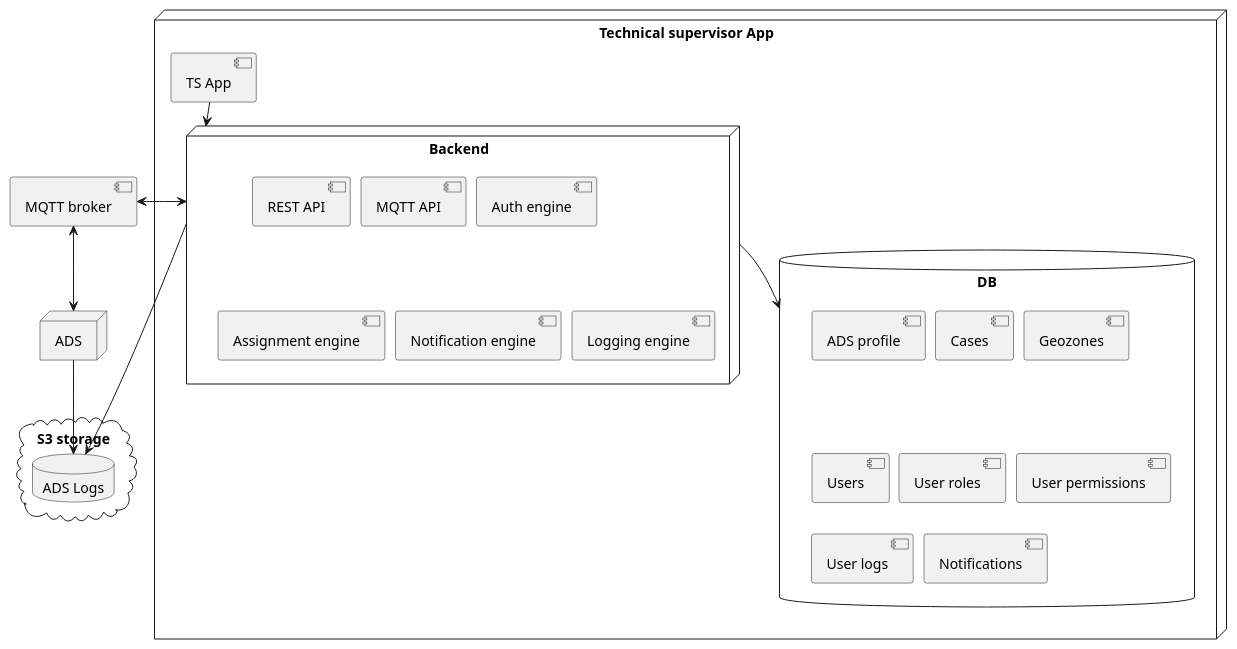
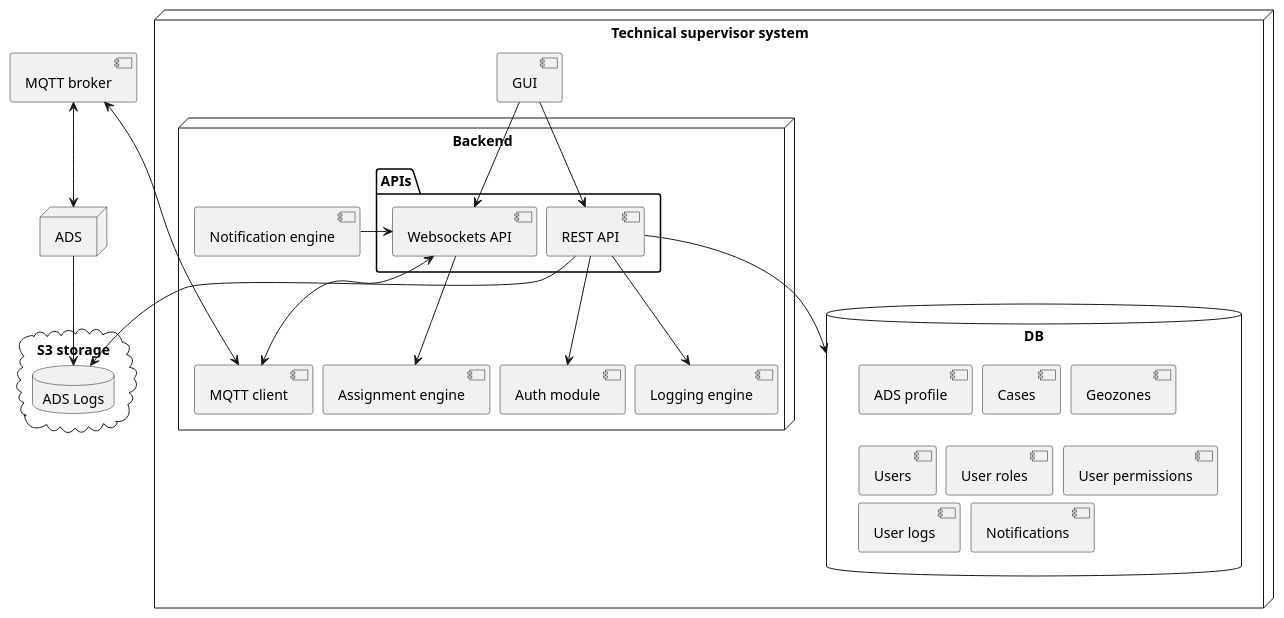
One commit to bruno-motorai/uml changed the diagram in technical_supervisor/architecture.pu. Above: the diagram before and after it, drawn with PlantUML.

Commit message:
Refine architecture diagram

```diff
--- a/technical_supervisor/architecture.pu
+++ b/technical_supervisor/architecture.pu
@@ -1,45 +1,57 @@
 @startuml
 skinparam nodesep 10
 skinparam ranksep 5
 
 scale 1.0
 
-node "Technical supervisor App" as ts {
-    component "TS App" as gui
+node "Technical supervisor system" as ts {
+    component "GUI" as gui
 
     node "Backend" as backend {
-        component "REST API"
-        component "MQTT API"
-        component "Auth engine"
-        component "Assignment engine"
-        component "Notification engine"
-        component "Logging engine"
+        component "Auth module" as auth
+        component "Assignment engine" as assignment_engine
+        component "Notification engine" as notification_engine
+        component "Logging engine" as log_engine
+        component "MQTT client" as mqtt_client
+
+
+        package "APIs" {
+            component "REST API" as rest_api
+            component "Websockets API" as ws_api
+        }
+
     }
 
     database "DB" as db {
         component "ADS profile"
         component "Cases"
         component "Geozones"
         component "Users"
         component "User roles"
         component "User permissions"
         component "User logs"
         component "Notifications"
     }
 }
 
 node "ADS" as ads
 
 component "MQTT broker" as mqtt_broker
 
 cloud "S3 storage" {
     database "ADS Logs" as ads_db
 }
 
-backend --> db
 ads -down-> ads_db
 ads <-up-> mqtt_broker
-mqtt_broker <--left-> backend
-backend -> ads_db
-gui -down-> backend
+mqtt_broker <--> mqtt_client
+gui -down-> rest_api
+gui -down-> ws_api
+rest_api -d-> auth
+rest_api -d-> log_engine
+rest_api -d-> ads_db
+rest_api -d-> db
+ws_api -d-> assignment_engine
+notification_engine -r-> ws_api
+ws_api <-d-> mqtt_client
 @enduml
```
